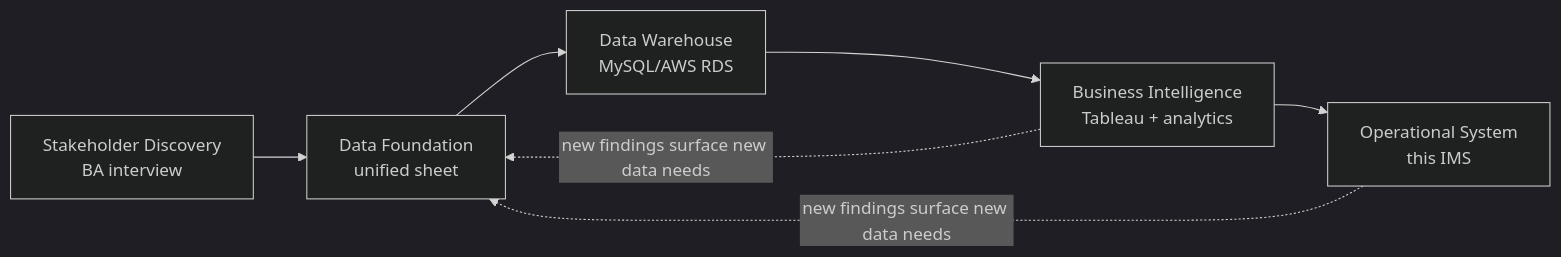
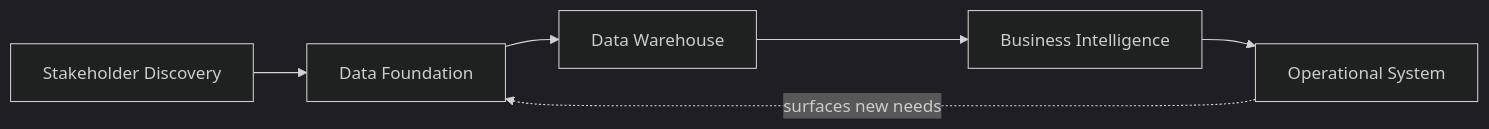
Before and after one commit to arohit-talari/lakshira-inventory-management-system: the diagram in README.md, drawn with Mermaid (dark theme).

Commit message:
Simplify lifecycle diagram: fix overflowing labels and layout glitch
Dropped the tool-detail sub-labels from each node (already covered in the
stage tables below), shortened the edge label so it fits inside its
background, and collapsed two crossing feedback arrows into one clean loop.
Two back-edges into the same node was confusing Mermaid's auto-layout
enough to knock Data Warehouse out of line with the rest of the chain.

````diff
--- a/README.md
+++ b/README.md
@@ -7,9 +7,8 @@
 ```mermaid
 flowchart LR
-    A["Stakeholder Discovery<br/>BA interview"] --> B["Data Foundation<br/>unified sheet"]
-    B --> C["Data Warehouse<br/>MySQL/AWS RDS"]
-    C --> D["Business Intelligence<br/>Tableau + analytics"]
-    D --> E["Operational System<br/>this IMS"]
-    D -. new findings surface new data needs .-> B
-    E -. new findings surface new data needs .-> B
+    A[Stakeholder Discovery] --> B[Data Foundation]
+    B --> C[Data Warehouse]
+    C --> D[Business Intelligence]
+    D --> E[Operational System]
+    E -.->|surfaces new needs| B
 ```
````
